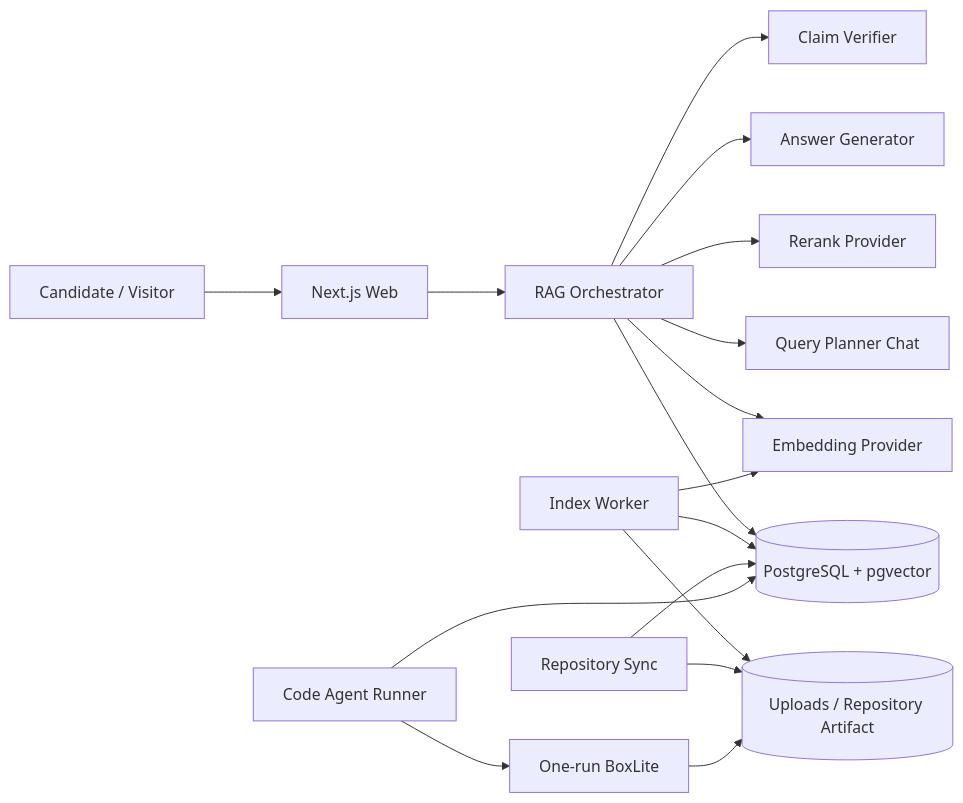
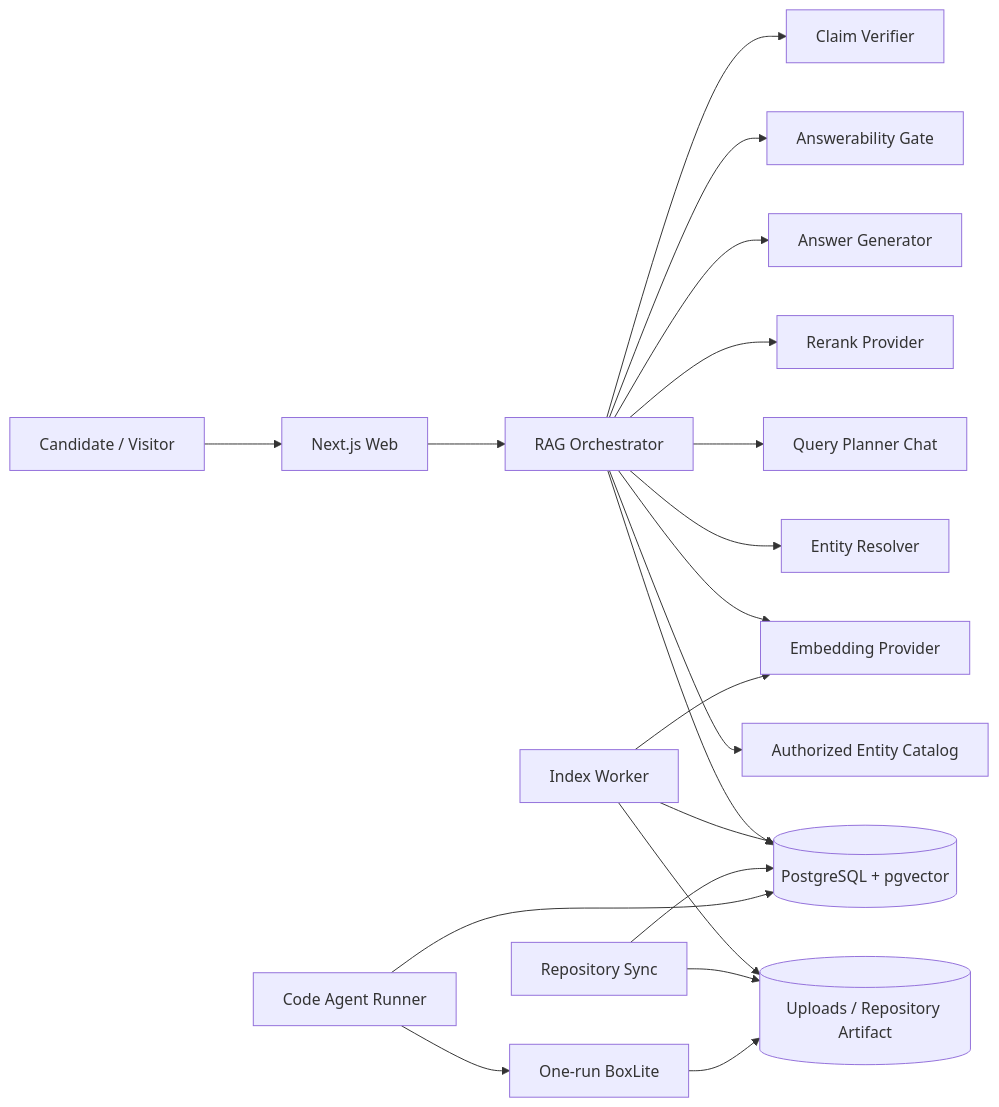
One commit to monshunter/askme changed the first of 3 diagrams in docs/architecture/DESIGN-005.md. Above: the diagram before and after it, drawn with Mermaid. The commit also changed other lines of this file and 64 other files, not shown here.

````diff
--- a/docs/architecture/DESIGN-005.md
+++ b/docs/architecture/DESIGN-005.md
@@ -51,19 +55,22 @@
 ```mermaid
 flowchart LR
   C["Candidate / Visitor"] --> W["Next.js Web"]
   W --> O["RAG Orchestrator"]
   O --> P[("PostgreSQL + pgvector")]
+  O --> EC["Authorized Entity Catalog"]
+  O --> ER["Entity Resolver"]
   O --> QP["Query Planner Chat"]
   O --> E["Embedding Provider"]
   O --> RR["Rerank Provider"]
   O --> AG["Answer Generator"]
+  O --> AJ["Answerability Gate"]
   O --> CV["Claim Verifier"]
   IW["Index Worker"] --> P
   IW --> E
   IW --> FS[("Uploads / Repository Artifact")]
   RS["Repository Sync"] --> FS
   RS --> P
   DR["Code Agent Runner"] --> P
   DR --> BX["One-run BoxLite"]
   BX --> FS
 ```
````
